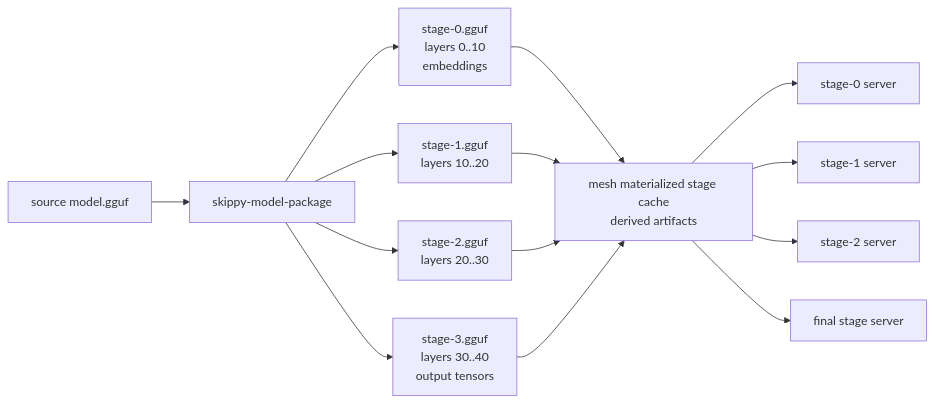
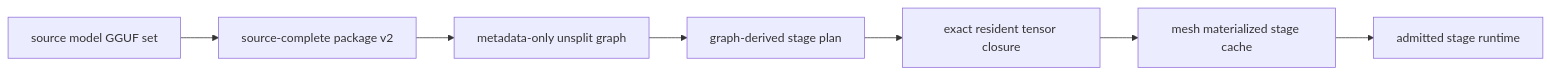
Before and after one commit to Mesh-LLM/mesh-llm: the diagram in crates/skippy-model-package/README.md, drawn with Mermaid. The commit also changed other lines of this file and 258 other files, not shown here.

Commit message:
feat(skippy): cut over to graph-derived stage filtering

````diff
--- a/crates/skippy-model-package/README.md
+++ b/crates/skippy-model-package/README.md
@@ -16,16 +16,9 @@
 ```mermaid
 flowchart LR
-    M["source model.gguf"] --> Slice["skippy-model-package"]
-    Slice --> G0["stage-0.gguf<br/>layers 0..10<br/>embeddings"]
-    Slice --> G1["stage-1.gguf<br/>layers 10..20"]
-    Slice --> G2["stage-2.gguf<br/>layers 20..30"]
-    Slice --> G3["stage-3.gguf<br/>layers 30..40<br/>output tensors"]
-    G0 --> Cache["mesh materialized stage cache<br/>derived artifacts"]
-    G1 --> Cache
-    G2 --> Cache
-    G3 --> Cache
-    Cache --> S0["stage-0 server"]
-    Cache --> S1["stage-1 server"]
-    Cache --> S2["stage-2 server"]
-    Cache --> S3["final stage server"]
+    M["source model GGUF set"] --> Package["source-complete package v2"]
+    Package --> Graph["metadata-only unsplit graph"]
+    Graph --> Plan["graph-derived stage plan"]
+    Plan --> Closure["exact resident tensor closure"]
+    Closure --> Cache["mesh materialized stage cache"]
+    Cache --> Stage["admitted stage runtime"]
 ```
````
